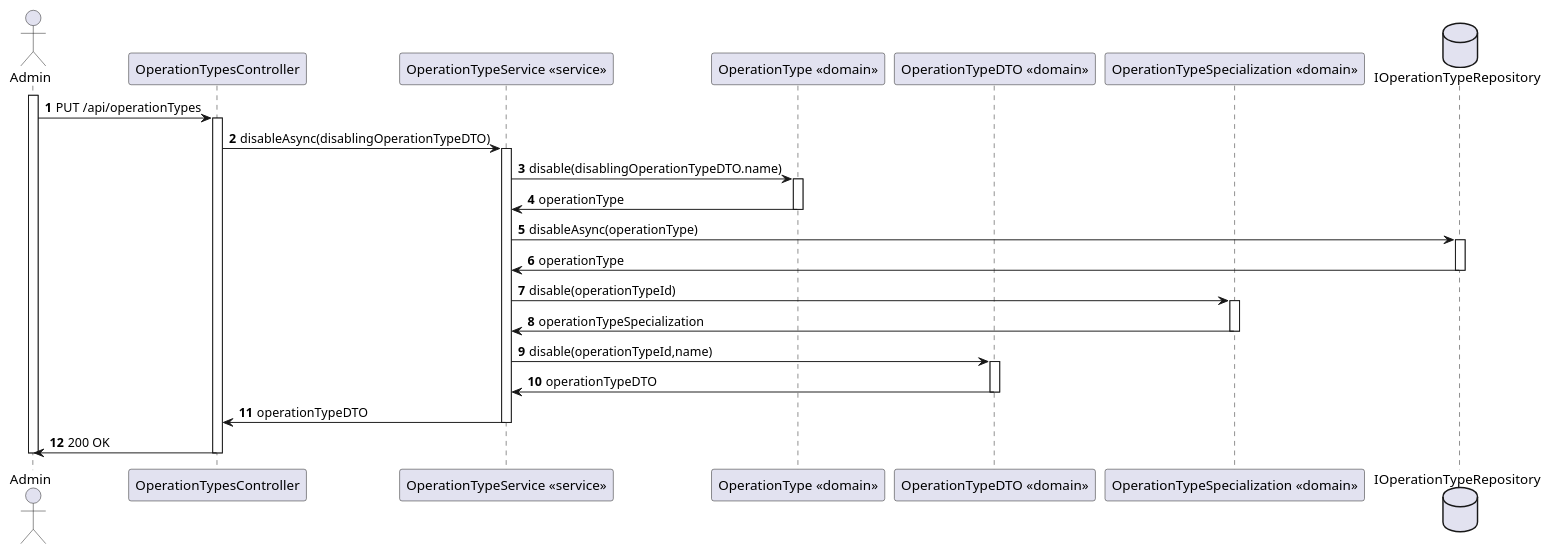
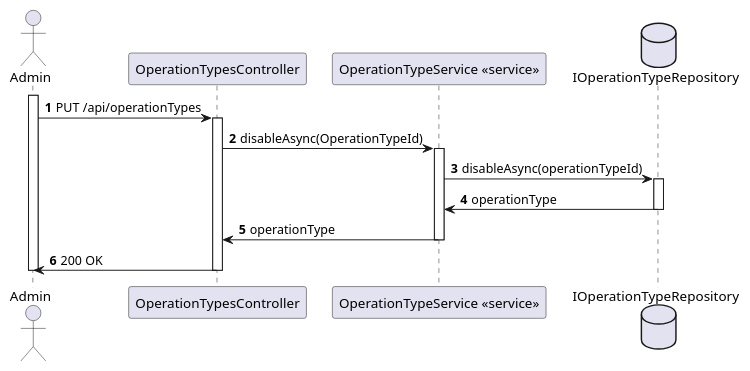
The diagram in docs/OperationTypeRemove/views/level3/process-view2.puml (Lapr5G21/sem5pi-24-25-3ddg21), drawn with PlantUML before and after one commit. The commit also changed 11 other files, not shown here.

```diff
--- a/docs/OperationTypeRemove/views/level3/process-view2.puml
+++ b/docs/OperationTypeRemove/views/level3/process-view2.puml
@@ -1,60 +1,33 @@
 @startuml 
 autonumber
 actor Admin as "Admin"
 participant CTRL as "OperationTypesController"
 participant SERVICE as "OperationTypeService <<service>>"
-participant OperationType as "OperationType <<domain>>"
-participant OperationTypeDTO as "OperationTypeDTO <<domain>>"
-participant OperationTypeSpecialization as "OperationTypeSpecialization <<domain>>"
 database IOperationTypeRepository as "IOperationTypeRepository"
 
 activate Admin
 
 Admin -> CTRL : PUT /api/operationTypes
 activate CTRL
 
-CTRL -> SERVICE : disableAsync(disablingOperationTypeDTO)
+CTRL -> SERVICE : disableAsync(OperationTypeId)
 activate SERVICE
 
-SERVICE -> OperationType : disable(disablingOperationTypeDTO.name)
-
-activate OperationType
-
-OperationType -> SERVICE : operationType
-
-deactivate OperationType
-
-SERVICE -> IOperationTypeRepository : disableAsync(operationType)
+SERVICE -> IOperationTypeRepository : disableAsync(operationTypeId)
 
 activate IOperationTypeRepository
 
 IOperationTypeRepository -> SERVICE : operationType
 
 deactivate IOperationTypeRepository
 
-SERVICE -> OperationTypeSpecialization : disable(operationTypeId)
-
-activate OperationTypeSpecialization 
-
-OperationTypeSpecialization -> SERVICE : operationTypeSpecialization
-
-deactivate OperationTypeSpecialization
-
-SERVICE -> OperationTypeDTO : disable(operationTypeId,name)
-
-activate OperationTypeDTO
-
-OperationTypeDTO -> SERVICE : operationTypeDTO
-
-deactivate OperationTypeDTO
-
-SERVICE -> CTRL : operationTypeDTO
+SERVICE -> CTRL : operationType
 
 deactivate SERVICE 
 
 CTRL -> Admin : 200 OK
 
 deactivate CTRL 
 
 deactivate Admin
 @enduml
```
